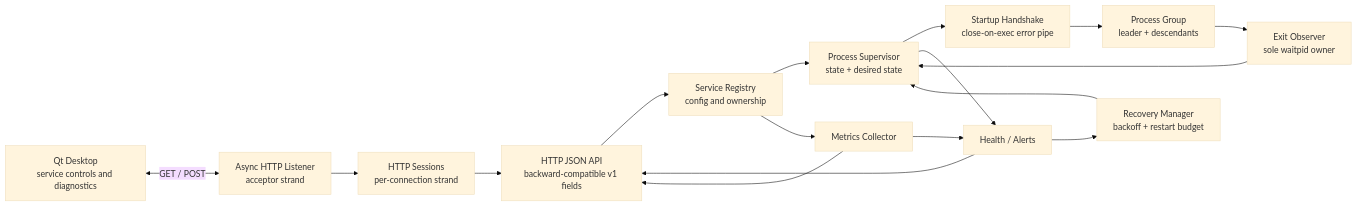
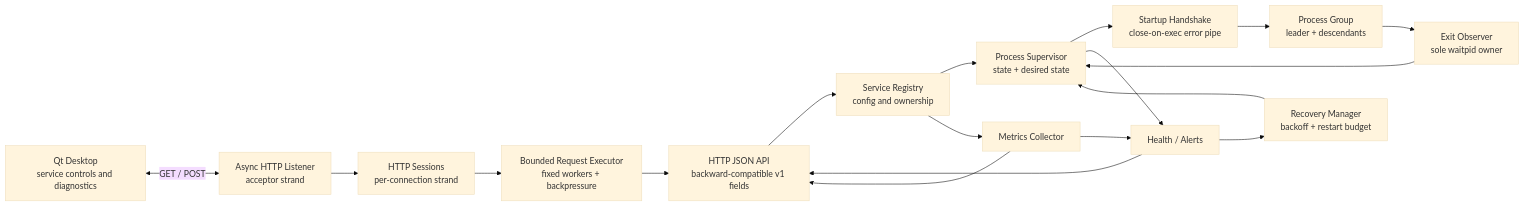
Before and after one commit to Var-666/AegisDesk: the diagram in docs/architecture.md, drawn with Mermaid (base theme). The commit also changed other lines of this file and 12 other files, not shown here.

````diff
--- a/docs/architecture.md
+++ b/docs/architecture.md
@@ -3,32 +3,34 @@
 ```mermaid
 flowchart LR
     Desktop["Qt Desktop\nservice controls and diagnostics"]
     Listener["Async HTTP Listener\nacceptor strand"]
     Session["HTTP Sessions\nper-connection strand"]
+    Executor["Bounded Request Executor\nfixed workers + backpressure"]
     API["HTTP JSON API\nbackward-compatible v1 fields"]
     Registry["Service Registry\nconfig and ownership"]
     Supervisor["Process Supervisor\nstate + desired state"]
     Handshake["Startup Handshake\nclose-on-exec error pipe"]
     Observer["Exit Observer\nsole waitpid owner"]
     Group["Process Group\nleader + descendants"]
     Metrics["Metrics Collector"]
     Health["Health / Alerts"]
     Recovery["Recovery Manager\nbackoff + restart budget"]
 
     Desktop <-->|"GET / POST"| Listener
     Listener --> Session
-    Session --> API
+    Session --> Executor
+    Executor --> API
     API --> Registry
     Registry --> Supervisor
     Supervisor --> Handshake
     Handshake --> Group
     Group --> Observer
     Observer --> Supervisor
     Registry --> Metrics
     Metrics --> Health
     Supervisor --> Health
     Health --> Recovery
     Recovery --> Supervisor
     Metrics --> API
     Health --> API
 ```
````
